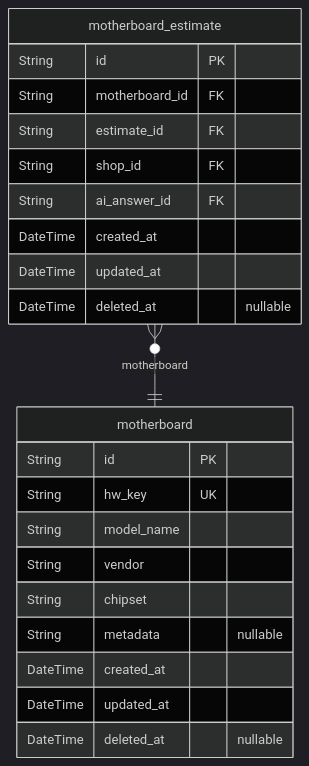
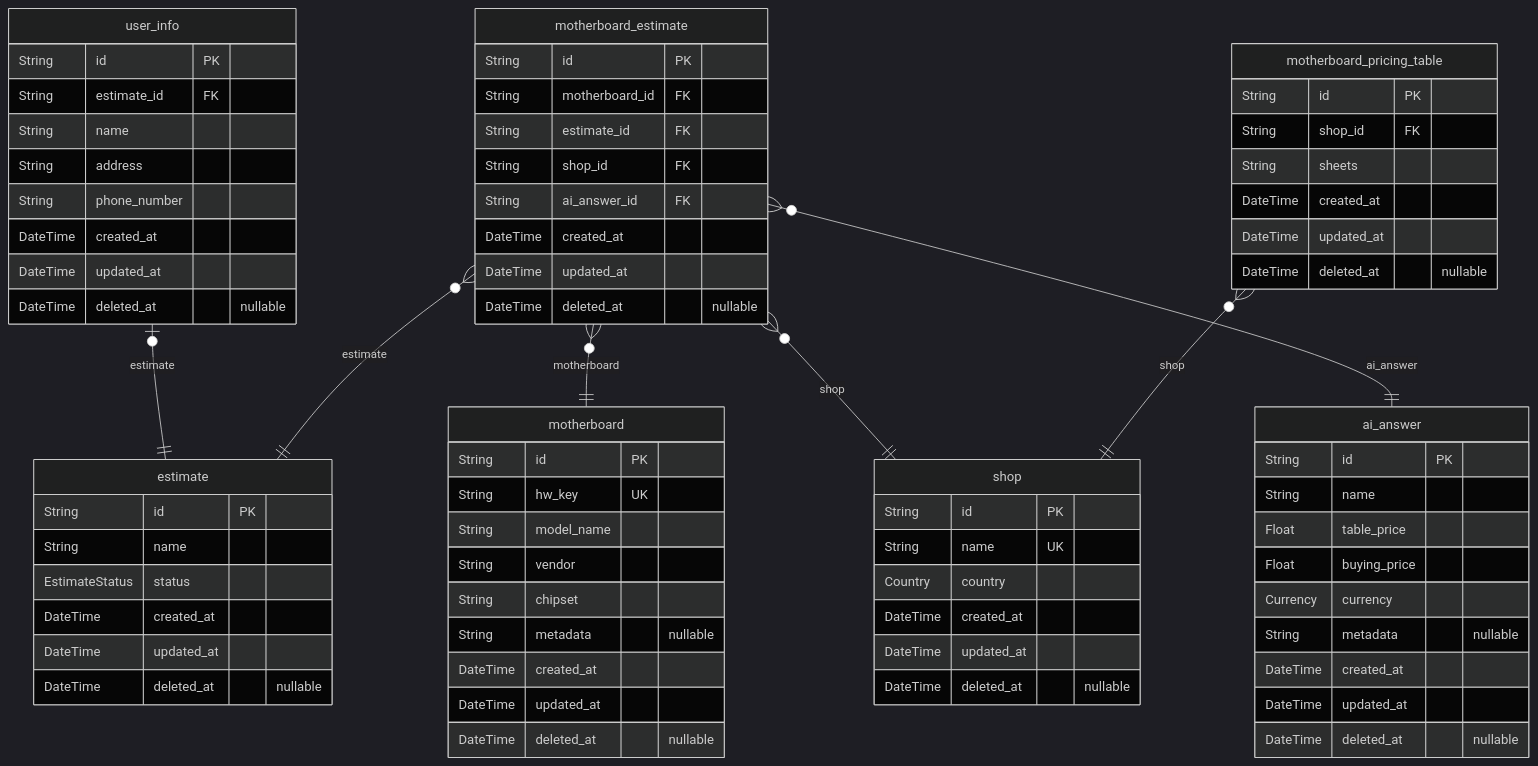
One commit to KGESH/hardware_spec_backend changed the fourth of 6 diagrams in prisma/ERD.md. Above: the diagram before and after it, drawn with Mermaid (dark theme). The commit also changed other lines of this file and 12 other files, not shown here.

Commit message:
[Refactor] Estimate status

````diff
--- a/prisma/ERD.md
+++ b/prisma/ERD.md
@@ -677,25 +778,75 @@
 ```mermaid
 erDiagram
+"estimate" {
+    String id PK
+    String name
+    EstimateStatus status
+    DateTime created_at
+    DateTime updated_at
+    DateTime deleted_at "nullable"
+}
+"user_info" {
+    String id PK
+    String estimate_id FK
+    String name
+    String address
+    String phone_number
+    DateTime created_at
+    DateTime updated_at
+    DateTime deleted_at "nullable"
+}
+"shop" {
+    String id PK
+    String name UK
+    Country country
+    DateTime created_at
+    DateTime updated_at
+    DateTime deleted_at "nullable"
+}
+"ai_answer" {
+    String id PK
+    String name
+    Float table_price
+    Float buying_price
+    Currency currency
+    String metadata "nullable"
+    DateTime created_at
+    DateTime updated_at
+    DateTime deleted_at "nullable"
+}
 "motherboard" {
     String id PK
     String hw_key UK
     String model_name
     String vendor
     String chipset
     String metadata "nullable"
     DateTime created_at
     DateTime updated_at
     DateTime deleted_at "nullable"
 }
 "motherboard_estimate" {
     String id PK
     String motherboard_id FK
     String estimate_id FK
     String shop_id FK
     String ai_answer_id FK
     DateTime created_at
     DateTime updated_at
     DateTime deleted_at "nullable"
 }
+"motherboard_pricing_table" {
+    String id PK
+    String shop_id FK
+    String sheets
+    DateTime created_at
+    DateTime updated_at
+    DateTime deleted_at "nullable"
+}
+"user_info" |o--|| "estimate" : estimate
 "motherboard_estimate" }o--|| "motherboard" : motherboard
+"motherboard_estimate" }o--|| "estimate" : estimate
+"motherboard_estimate" }o--|| "shop" : shop
+"motherboard_estimate" }o--|| "ai_answer" : ai_answer
+"motherboard_pricing_table" }o--|| "shop" : shop
 ```
````
